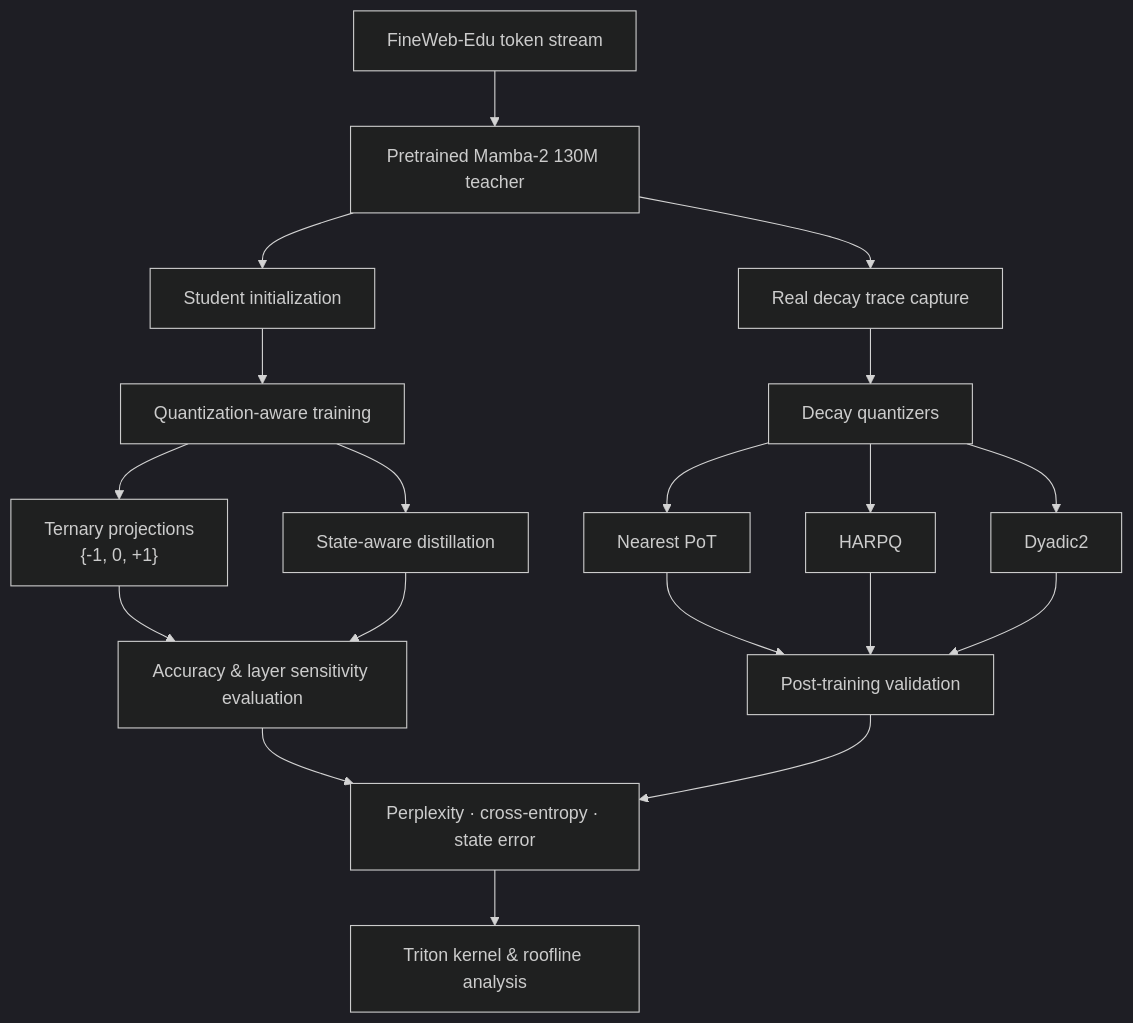
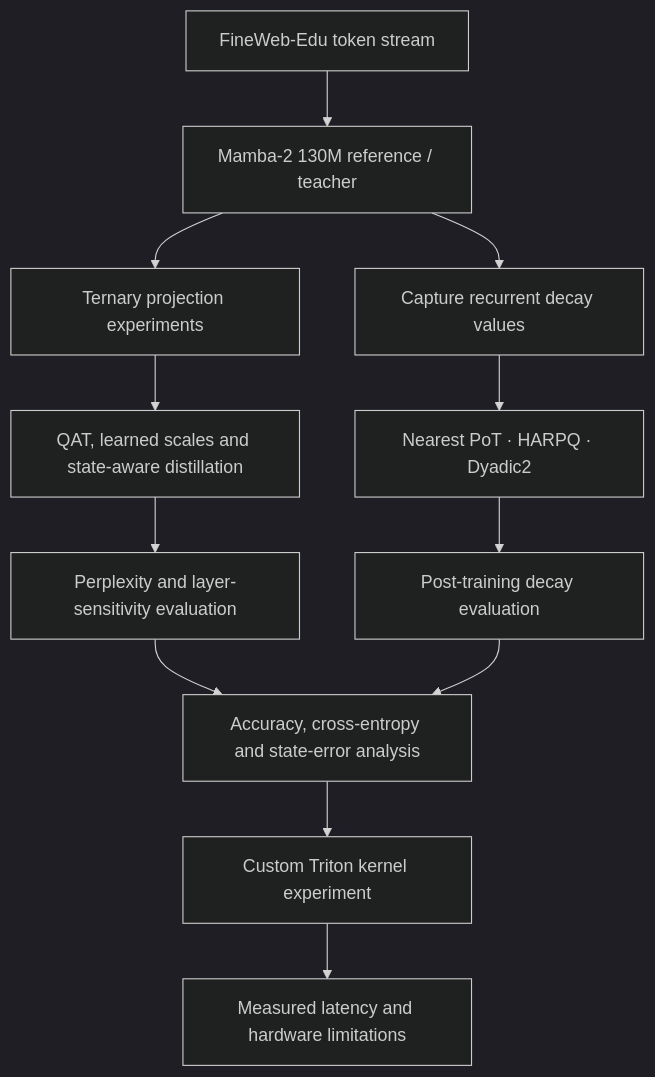
One commit to tishaaaaaaaaa5-sketch/shift-scan changed the diagram in README.md. Above: the diagram before and after it, drawn with Mermaid (dark theme). The commit also changed other lines of this file and 5 other files, not shown here.

````diff
--- a/README.md
+++ b/README.md
@@ -33,21 +31,14 @@
 ```mermaid
 flowchart TD
-    A["FineWeb-Edu token stream"] --> B["Pretrained Mamba-2 130M teacher"]
-    B --> C["Student initialization"]
-    C --> D["Quantization-aware training"]
-    D --> E["Ternary projections<br/>{-1, 0, +1}"]
-    D --> F["State-aware distillation"]
-    B --> G["Real decay trace capture"]
-    G --> H["Decay quantizers"]
-    H --> H1["Nearest PoT"]
-    H --> H2["HARPQ"]
-    H --> H3["Dyadic2"]
-    E --> I["Accuracy & layer sensitivity evaluation"]
-    F --> I
-    H1 --> J["Post-training validation"]
-    H2 --> J
-    H3 --> J
-    I --> K["Perplexity · cross-entropy · state error"]
-    J --> K
-    K --> L["Triton kernel & roofline analysis"]
+    A["FineWeb-Edu token stream"] --> B["Mamba-2 130M reference / teacher"]
+    B --> C["Ternary projection experiments"]
+    B --> D["Capture recurrent decay values"]
+    C --> E["QAT, learned scales and state-aware distillation"]
+    D --> F["Nearest PoT · HARPQ · Dyadic2"]
+    E --> G["Perplexity and layer-sensitivity evaluation"]
+    F --> H["Post-training decay evaluation"]
+    G --> I["Accuracy, cross-entropy and state-error analysis"]
+    H --> I
+    I --> J["Custom Triton kernel experiment"]
+    J --> K["Measured latency and hardware limitations"]
 ```
````
